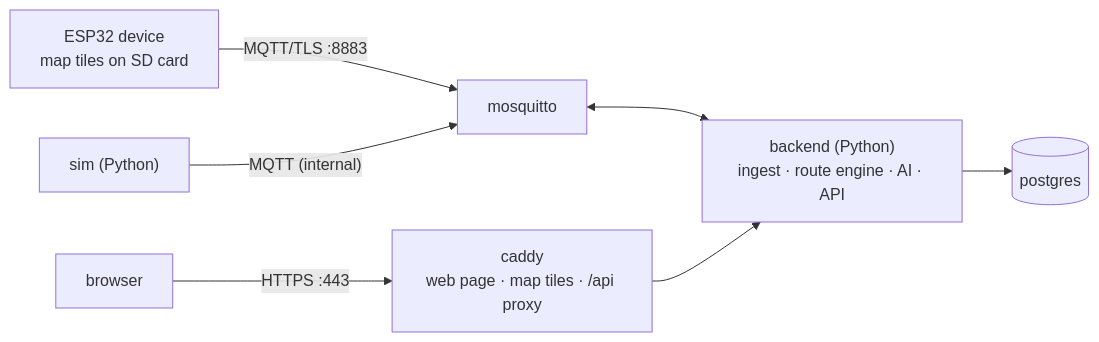
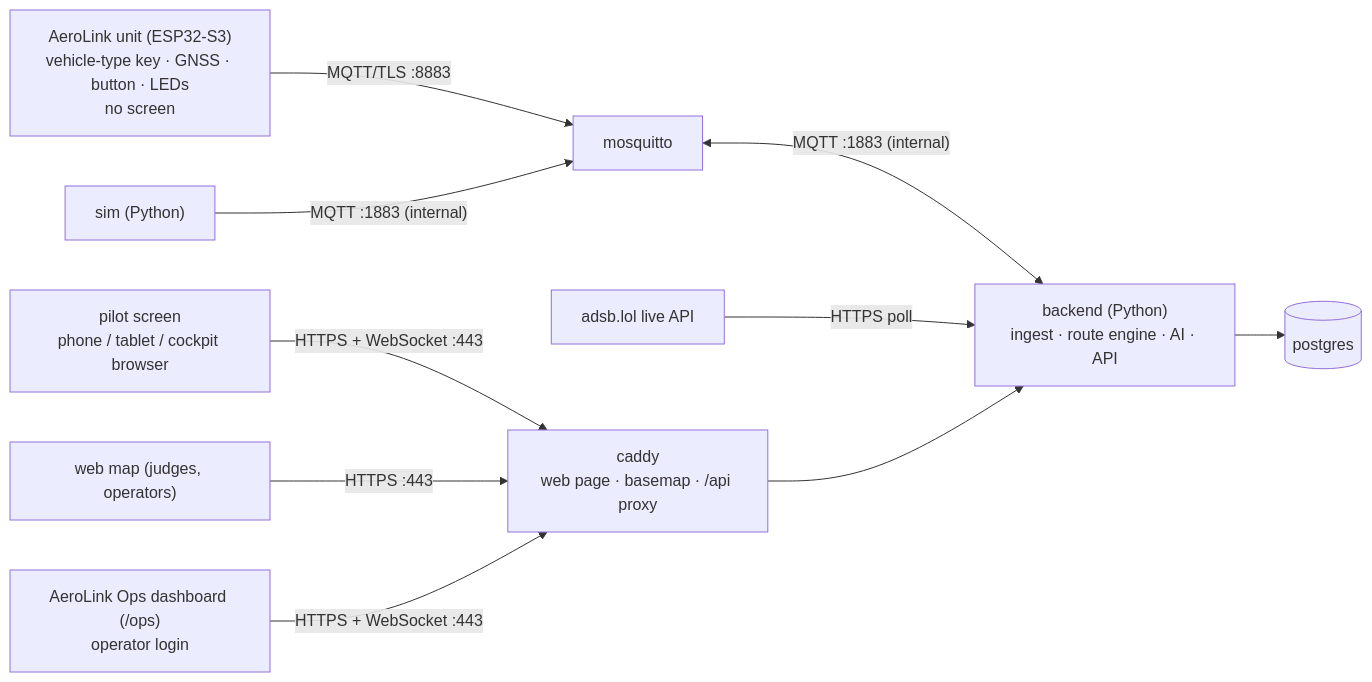
Before and after one commit to jr-cho/AeroLink: the second of 2 diagrams in docs/ARCHITECTURE.md, drawn with Mermaid. The commit also changed other lines of this file and 13 other files, not shown here.

First line of the commit message:
docs: M6 plan and architecture updates, real-world gaps, remove Carla guides

````diff
--- a/docs/ARCHITECTURE.md
+++ b/docs/ARCHITECTURE.md
@@ -520,8 +568,11 @@
 ```mermaid
 flowchart LR
-    DEV["ESP32 device<br/>map tiles on SD card"] -- "MQTT/TLS :8883" --> MQ["mosquitto"]
-    SIM["sim (Python)"] -- "MQTT (internal)" --> MQ
-    MQ <--> BE["backend (Python)<br/>ingest · route engine · AI · API"]
+    UNIT["AeroLink unit (ESP32-S3)<br/>vehicle-type key · GNSS · button · LEDs<br/>no screen"] -- "MQTT/TLS :8883" --> MQ["mosquitto"]
+    SIM["sim (Python)"] -- "MQTT :1883 (internal)" --> MQ
+    MQ <-- "MQTT :1883 (internal)" --> BE["backend (Python)<br/>ingest · route engine · AI · API"]
+    ADSB["adsb.lol live API"] -- "HTTPS poll" --> BE
     BE --> PG[("postgres")]
-    BROWSER["browser"] -- "HTTPS :443" --> CADDY["caddy<br/>web page · map tiles · /api proxy"] --> BE
+    SCREEN["pilot screen<br/>phone / tablet / cockpit browser"] -- "HTTPS + WebSocket :443" --> CADDY["caddy<br/>web page · basemap · /api proxy"] --> BE
+    BROWSER["web map (judges, operators)"] -- "HTTPS :443" --> CADDY
+    OPS["AeroLink Ops dashboard (/ops)<br/>operator login"] -- "HTTPS + WebSocket :443" --> CADDY
 ```
````
